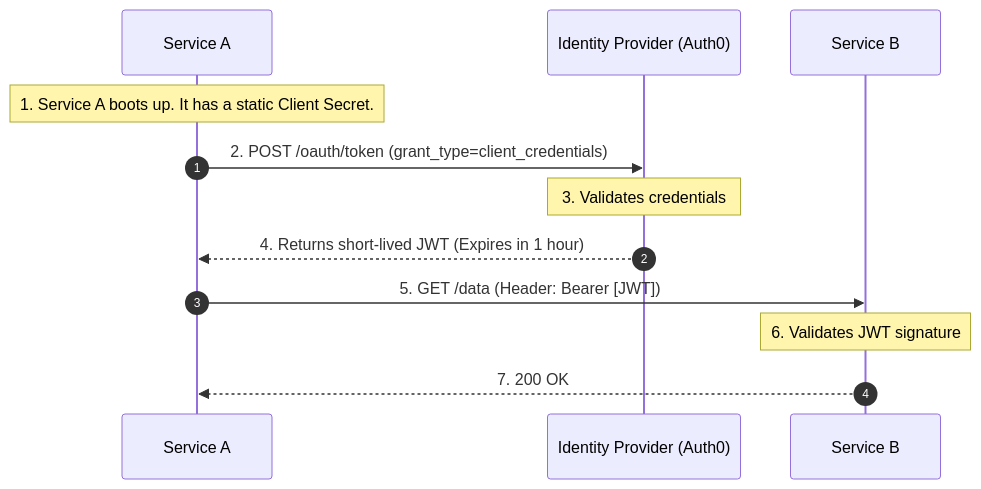
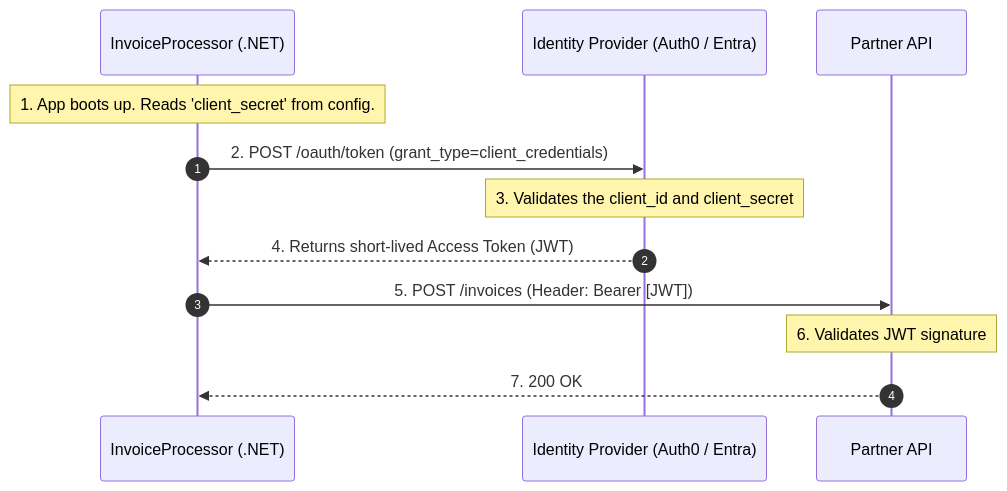
One commit to nirajp82/IdentityAccessManagement_IAM changed the first of 4 diagrams in Quiz/05_machine_to_machine_m2m_and_workload_identity.md. Above: the diagram before and after it, drawn with Mermaid. The commit also changed other lines of this file, not shown here.

````diff
--- a/Quiz/05_machine_to_machine_m2m_and_workload_identity.md
+++ b/Quiz/05_machine_to_machine_m2m_and_workload_identity.md
@@ -48,19 +52,19 @@
 ```mermaid
 sequenceDiagram
     autonumber
-    participant ServiceA as Service A
-    participant IDP as Identity Provider (Auth0)
-    participant ServiceB as Service B
+    participant App as InvoiceProcessor (.NET)
+    participant IDP as Identity Provider (Auth0 / Entra)
+    participant ExternalAPI as Partner API
 
-    Note over ServiceA: 1. Service A boots up. It has a static Client Secret.
-    ServiceA->>IDP: 2. POST /oauth/token (grant_type=client_credentials)
+    Note over App: 1. App boots up. Reads 'client_secret' from config.
+    App->>IDP: 2. POST /oauth/token (grant_type=client_credentials)
     
-    Note over IDP: 3. Validates credentials
-    IDP-->>ServiceA: 4. Returns short-lived JWT (Expires in 1 hour)
+    Note over IDP: 3. Validates the client_id and client_secret
+    IDP-->>App: 4. Returns short-lived Access Token (JWT)
     
-    ServiceA->>ServiceB: 5. GET /data (Header: Bearer [JWT])
+    App->>ExternalAPI: 5. POST /invoices (Header: Bearer [JWT])
     
-    Note over ServiceB: 6. Validates JWT signature
-    ServiceB-->>ServiceA: 7. 200 OK
+    Note over ExternalAPI: 6. Validates JWT signature
+    ExternalAPI-->>App: 7. 200 OK
 
 ```
````
